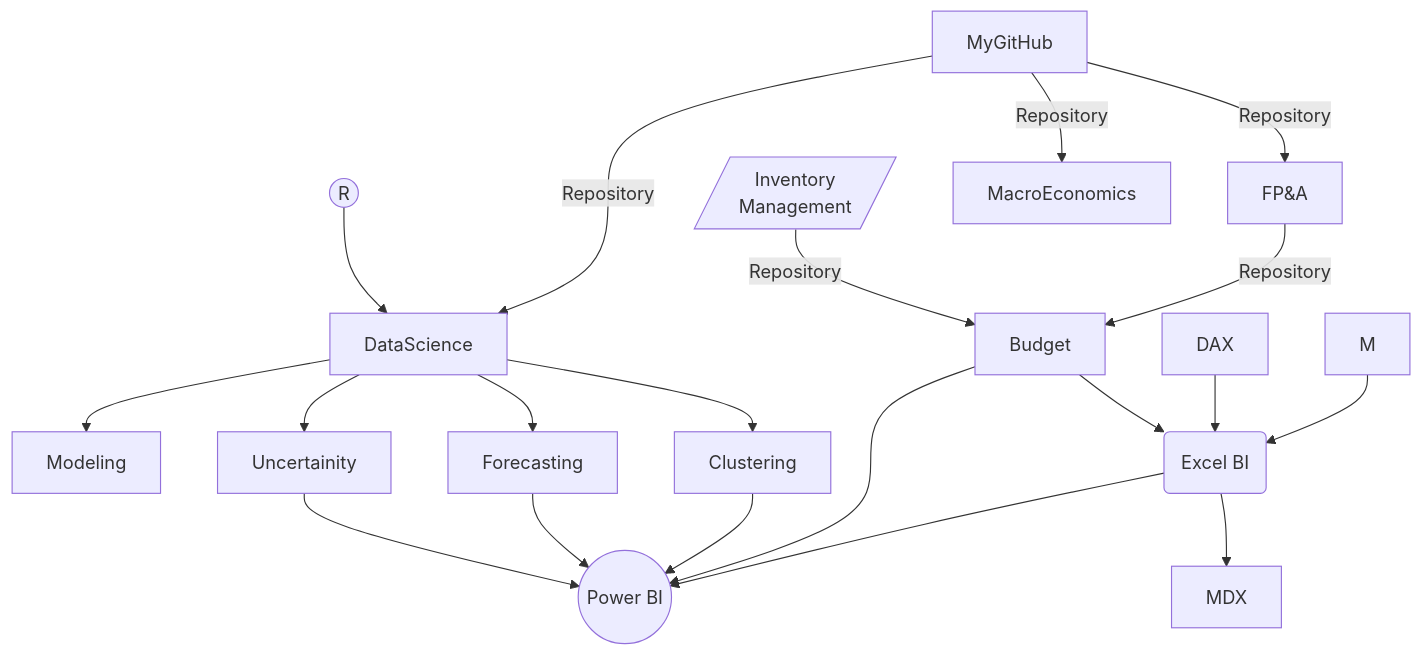
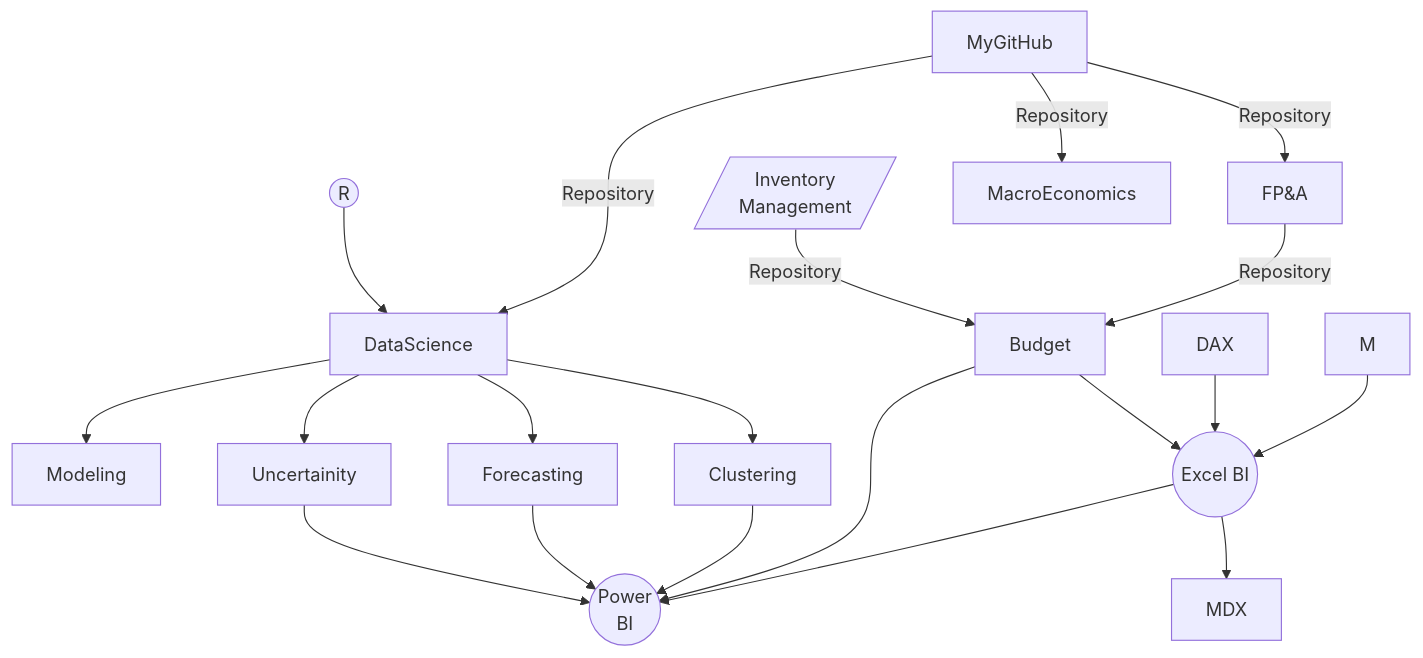
The diagram in README.md (md3629/md3629), drawn with Mermaid before and after one commit.

````diff
--- a/README.md
+++ b/README.md
@@ -9,22 +9,22 @@
 ```mermaid
 graph TD;
     MyGitHub-->|Repository|FP&A;
     Inv[/Inventory<br>Management/]-->|Repository|Budget;
     FP&A-->|Repository|Budget;
     R((R))-->DataScience;
     MyGitHub-->|Repository|DataScience;
     MyGitHub-->|Repository|MacroEconomics;
     DataScience-->Modeling;
     DataScience-->Forecasting;
     DataScience-->Clustering;
     DataScience-->Uncertainity;
-    Uncertainity-->P((Power BI));
-    Forecasting-->P((Power BI));
-    Clustering-->P((Power BI));
-    Budget-->P((Power BI));
-    Budget-->E(Excel BI);
-    DAX-->E(Excel BI);
-    M-->E(Excel BI);
-    E(Excel BI)-->P((Power BI));
-    E(Excel BI)-->MDX;
+    Uncertainity-->P((Power<br>BI));
+    Forecasting-->P((Power<br>BI));
+    Clustering-->P((Power<br>BI));
+    Budget-->P((Power<br>BI));
+    Budget-->E((Excel BI));
+    DAX-->E((Excel BI));
+    M-->E((Excel BI));
+    E((Excel BI))-->P((Power<br>BI));
+    E((Excel BI))-->MDX;
 ```
````
